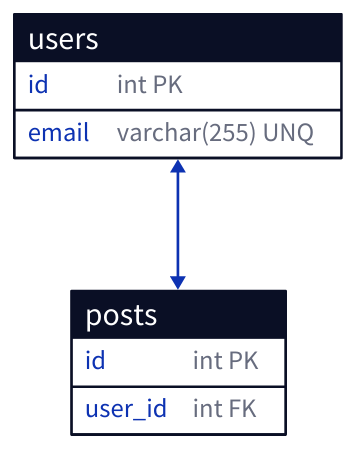
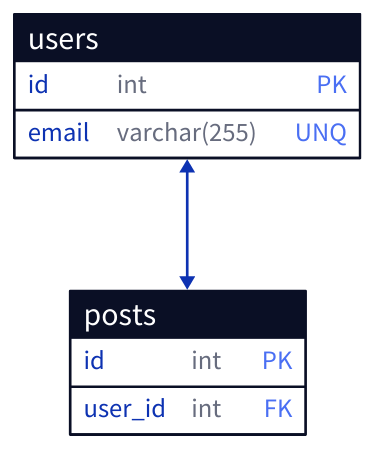
One commit to caelaxie/supragent changed the sixth of 8 diagrams in skills/d2lang/SKILL.md. Above: the diagram before and after it, drawn with D2. The commit also changed other lines of this file, not shown here.

````diff
--- a/skills/d2lang/SKILL.md
+++ b/skills/d2lang/SKILL.md
@@ -100,13 +173,13 @@
 ```d2
 users: {
   shape: sql_table
-  id: int PK
-  email: varchar(255) UNQ
+  id: int { constraint: primary_key }
+  email: varchar(255) { constraint: unique }
 }
 posts: {
   shape: sql_table
-  id: int PK
-  user_id: int FK
+  id: int { constraint: primary_key }
+  user_id: int { constraint: foreign_key }
 }
 users.id <-> posts.user_id
 ```
````
